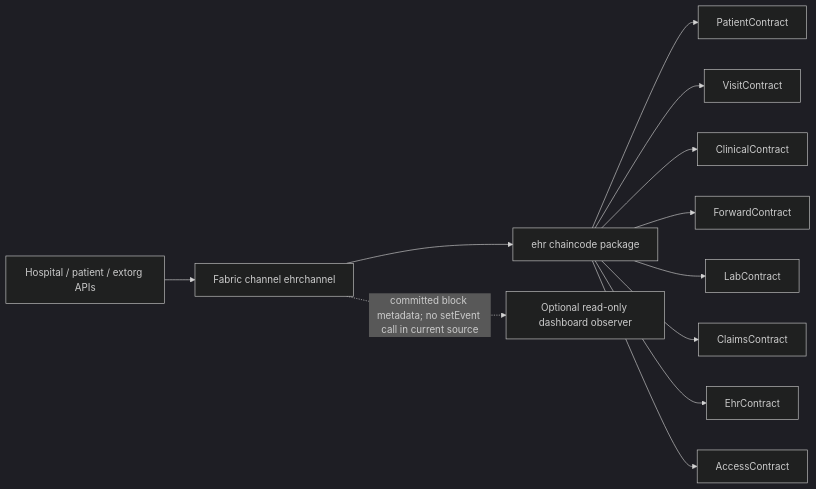
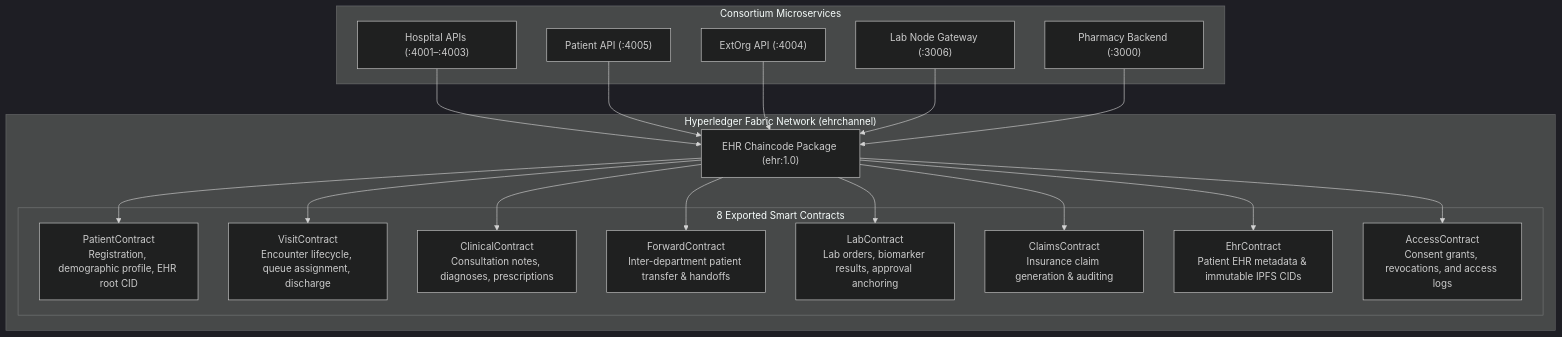
Before and after one commit to Ankitpatidar01/Electronic_Health_Record_Blockchain: the diagram in orgs/hospital/EHR_hospitalOrg-main/ehr-chaincode-v3/README.md, drawn with Mermaid (dark theme). The commit also changed other lines of this file and 13 other files, not shown here.

First line of the commit message:
docs: comprehensive update of all READMEs, architecture diagrams, and CHANGELOG

````diff
--- a/orgs/hospital/EHR_hospitalOrg-main/ehr-chaincode-v3/README.md
+++ b/orgs/hospital/EHR_hospitalOrg-main/ehr-chaincode-v3/README.md
@@ -5,14 +11,40 @@
 ```mermaid
-flowchart LR
-  API["Hospital / patient / extorg APIs"] --> Fabric["Fabric channel ehrchannel"]
-  Fabric --> Contracts["ehr chaincode package"]
-  Contracts --> Patient["PatientContract"]
-  Contracts --> Visit["VisitContract"]
-  Contracts --> Clinical["ClinicalContract"]
-  Contracts --> Forward["ForwardContract"]
-  Contracts --> Lab["LabContract"]
-  Contracts --> Claims["ClaimsContract"]
-  Contracts --> EHR["EhrContract"]
-  Contracts --> Access["AccessContract"]
-  Fabric -. "committed block metadata; no setEvent call in current source" .-> Dashboard["Optional read-only dashboard observer"]
+flowchart TB
+  subgraph ConsortiumAPIs ["Consortium Microservices"]
+    HospitalAPI["Hospital APIs (:4001–:4003)"]
+    PatientAPI["Patient API (:4005)"]
+    ExtOrgAPI["ExtOrg API (:4004)"]
+    LabGateway["Lab Node Gateway (:3006)"]
+    PharmAPI["Pharmacy Backend (:3000)"]
+  end
+
+  subgraph FabricLayer ["Hyperledger Fabric Network (ehrchannel)"]
+    ChaincodeRouter["EHR Chaincode Package (ehr:1.0)"]
+
+    subgraph Contracts ["8 Exported Smart Contracts"]
+      PatientC["PatientContract<br/>Registration, demographic profile, EHR root CID"]
+      VisitC["VisitContract<br/>Encounter lifecycle, queue assignment, discharge"]
+      ClinicalC["ClinicalContract<br/>Consultation notes, diagnoses, prescriptions"]
+      ForwardC["ForwardContract<br/>Inter-department patient transfer & handoffs"]
+      LabC["LabContract<br/>Lab orders, biomarker results, approval anchoring"]
+      ClaimsC["ClaimsContract<br/>Insurance claim generation & auditing"]
+      EhrC["EhrContract<br/>Patient EHR metadata & immutable IPFS CIDs"]
+      AccessC["AccessContract<br/>Consent grants, revocations, and access logs"]
+    end
+  end
+
+  HospitalAPI --> ChaincodeRouter
+  PatientAPI --> ChaincodeRouter
+  ExtOrgAPI --> ChaincodeRouter
+  LabGateway --> ChaincodeRouter
+  PharmAPI --> ChaincodeRouter
+
+  ChaincodeRouter --> PatientC
+  ChaincodeRouter --> VisitC
+  ChaincodeRouter --> ClinicalC
+  ChaincodeRouter --> ForwardC
+  ChaincodeRouter --> LabC
+  ChaincodeRouter --> ClaimsC
+  ChaincodeRouter --> EhrC
+  ChaincodeRouter --> AccessC
 ```
````
